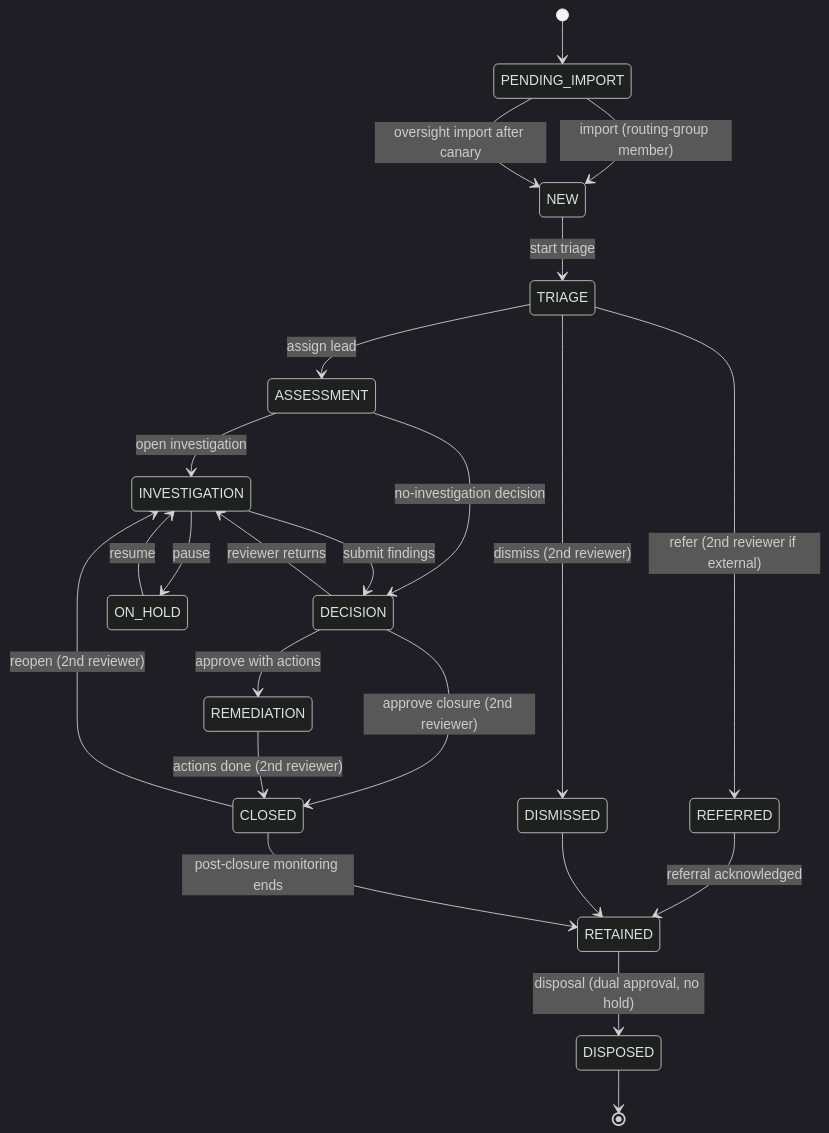
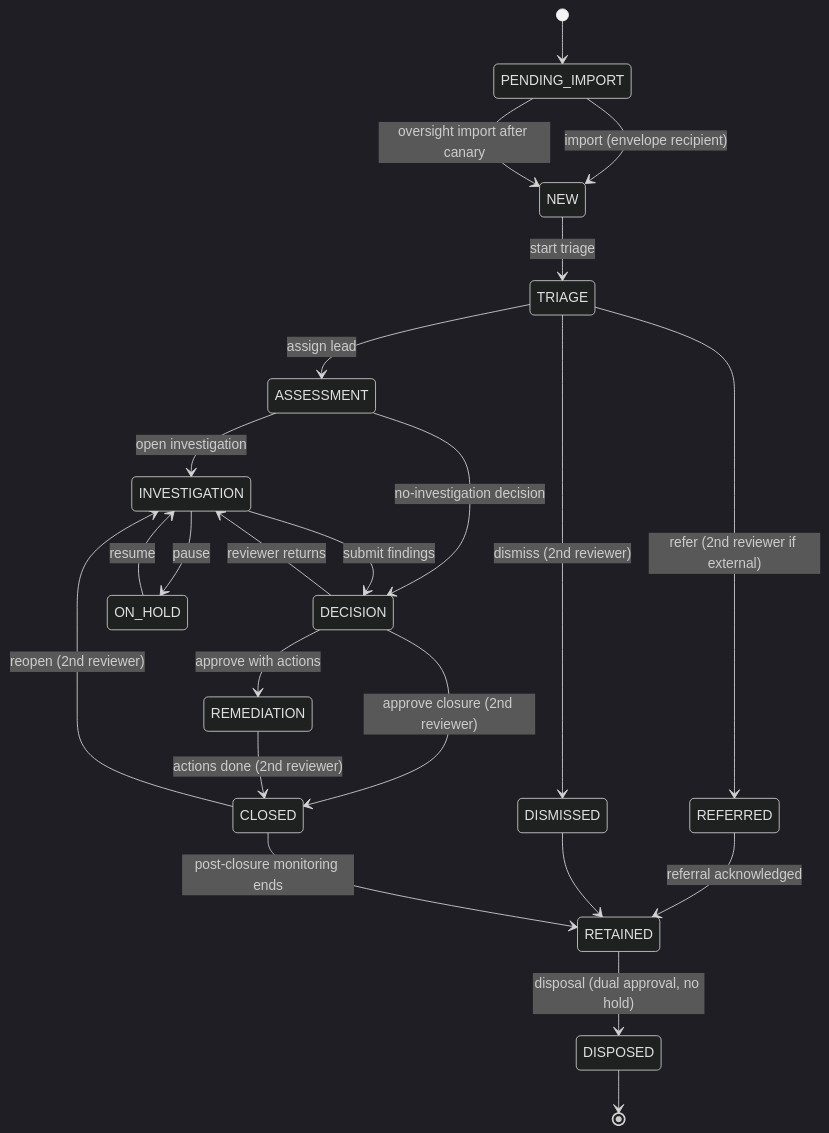
The diagram in specs/14-CASE-MANAGEMENT.md (djshellshoxxx/leaks), drawn with Mermaid (dark theme) before and after one commit. The commit also changed other lines of this file and 14 other files, not shown here.

````diff
--- a/specs/14-CASE-MANAGEMENT.md
+++ b/specs/14-CASE-MANAGEMENT.md
@@ -62,25 +62,25 @@
 ```mermaid
 stateDiagram-v2
   [*] --> PENDING_IMPORT
-  PENDING_IMPORT --> NEW: import (routing-group member)
+  PENDING_IMPORT --> NEW: import (envelope recipient)
   PENDING_IMPORT --> NEW: oversight import after canary
   NEW --> TRIAGE: start triage
   TRIAGE --> ASSESSMENT: assign lead
   TRIAGE --> DISMISSED: dismiss (2nd reviewer)
   TRIAGE --> REFERRED: refer (2nd reviewer if external)
   ASSESSMENT --> INVESTIGATION: open investigation
   ASSESSMENT --> DECISION: no-investigation decision
   INVESTIGATION --> ON_HOLD: pause
   ON_HOLD --> INVESTIGATION: resume
   INVESTIGATION --> DECISION: submit findings
   DECISION --> INVESTIGATION: reviewer returns
   DECISION --> REMEDIATION: approve with actions
   DECISION --> CLOSED: approve closure (2nd reviewer)
   REMEDIATION --> CLOSED: actions done (2nd reviewer)
   REFERRED --> RETAINED: referral acknowledged
   DISMISSED --> RETAINED
   CLOSED --> RETAINED: post-closure monitoring ends
   CLOSED --> INVESTIGATION: reopen (2nd reviewer)
   RETAINED --> DISPOSED: disposal (dual approval, no hold)
   DISPOSED --> [*]
 ```
````
